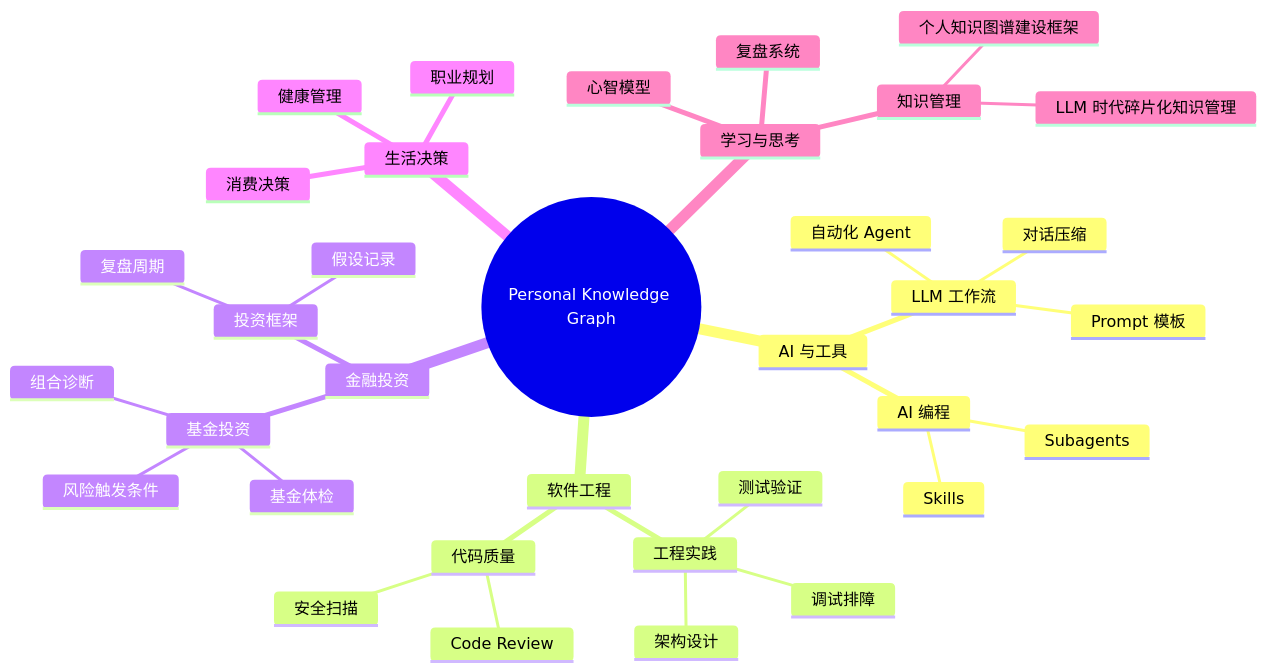
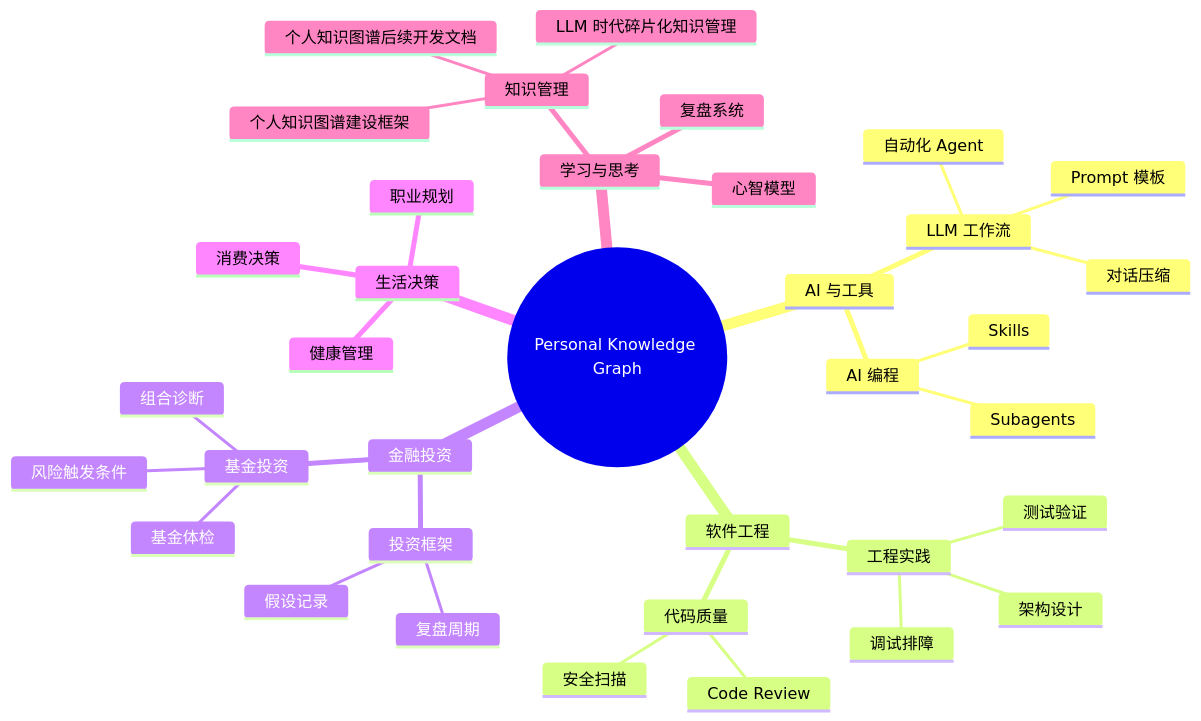
The diagram in knowledge-map.md (Paden79555/personal-knowledge-graph), drawn with Mermaid before and after one commit. The commit also changed other lines of this file and 5 other files, not shown here.

Commit message:
Add knowledge graph development roadmap

````diff
--- a/knowledge-map.md
+++ b/knowledge-map.md
@@ -9,38 +9,39 @@
 ```mermaid
 mindmap
   root((Personal Knowledge Graph))
     AI 与工具
       LLM 工作流
         对话压缩
         Prompt 模板
         自动化 Agent
       AI 编程
         Skills
         Subagents
     软件工程
       工程实践
         调试排障
         测试验证
         架构设计
       代码质量
         Code Review
         安全扫描
     金融投资
       基金投资
         基金体检
         组合诊断
         风险触发条件
       投资框架
         假设记录
         复盘周期
     生活决策
       健康管理
       消费决策
       职业规划
     学习与思考
       知识管理
         LLM 时代碎片化知识管理
         个人知识图谱建设框架
+        个人知识图谱后续开发文档
       复盘系统
       心智模型
 ```
````
